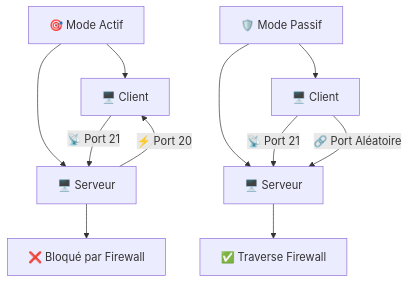
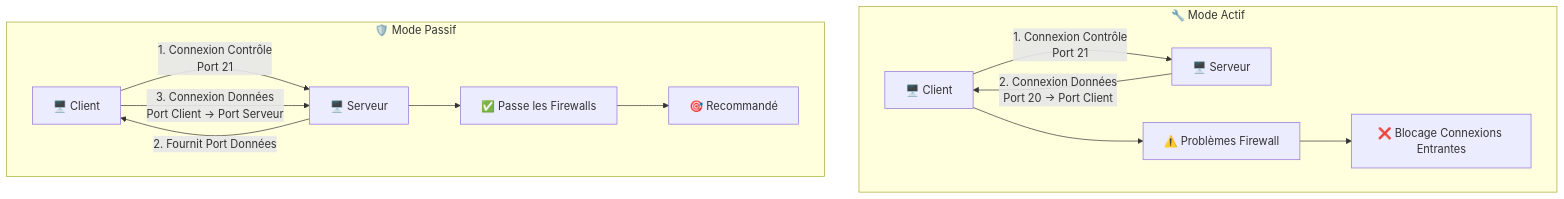
The diagram in _posts/2024-06-25-ftp.md (hiddenacademy/hiddenacademy.github.io), drawn with Mermaid before and after one commit. The commit also changed other lines of this file, not shown here.

````diff
--- a/_posts/2024-06-25-ftp.md
+++ b/_posts/2024-06-25-ftp.md
@@ -197,14 +193,17 @@
-```mermaid
+<div class="mermaid">
 graph TD
-    A[🎯 Mode Actif] --> B[🖥️ Client]
-    A --> C[🖥️ Serveur]
-    B -->|📡 Port 21| C
-    C -->|⚡ Port 20| B
-    C --> D[❌ Bloqué par Firewall]
+    subgraph "🔧 Mode Actif"
+        A1[🖥️ Client] -->|1. Connexion Contrôle<br/>Port 21| A2[🖥️ Serveur]
+        A2 -->|2. Connexion Données<br/>Port 20 → Port Client| A1
+        A1 --> A3[⚠️ Problèmes Firewall]
+        A3 --> A4[❌ Blocage Connexions Entrantes]
+    end
     
-    E[🛡️ Mode Passif] --> F[🖥️ Client]
-    E --> G[🖥️ Serveur]
-    F -->|📡 Port 21| G
-    F -->|🔗 Port Aléatoire| G
-    G --> H[✅ Traverse Firewall]
-```
+    subgraph "🛡️ Mode Passif"
+        B1[🖥️ Client] -->|1. Connexion Contrôle<br/>Port 21| B2[🖥️ Serveur]
+        B2 -->|2. Fournit Port Données| B1
+        B1 -->|3. Connexion Données<br/>Port Client → Port Serveur| B2
+        B2 --> B3[✅ Passe les Firewalls]
+        B3 --> B4[🎯 Recommandé]
+    end
+</div>
````
